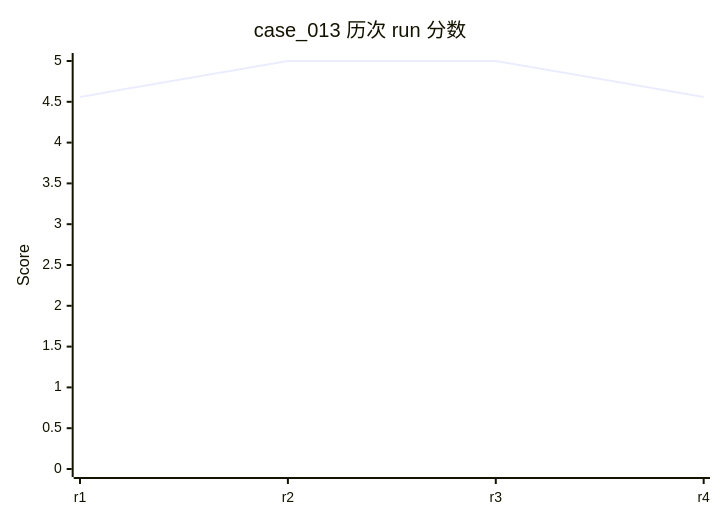
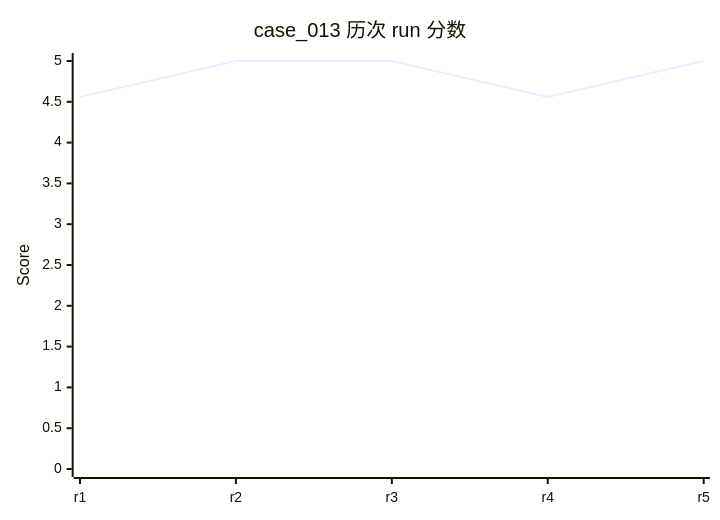
Before and after one commit to rushengzhou/sid-code: diagram 18 of 58 in evals/DASHBOARD.md, drawn with Mermaid. The commit also changed other lines of this file and 53 other files, not shown here.

````diff
--- a/evals/DASHBOARD.md
+++ b/evals/DASHBOARD.md
@@ -424,7 +425,7 @@
 ```mermaid
 xychart-beta
     title "case_013 历次 run 分数"
-    x-axis [r1, r2, r3, r4]
+    x-axis [r1, r2, r3, r4, r5]
     y-axis "Score" 0 --> 5
-    line [4.56, 5.00, 5.00, 4.56]
+    line [4.56, 5.00, 5.00, 4.56, 5.00]
 ```
````
